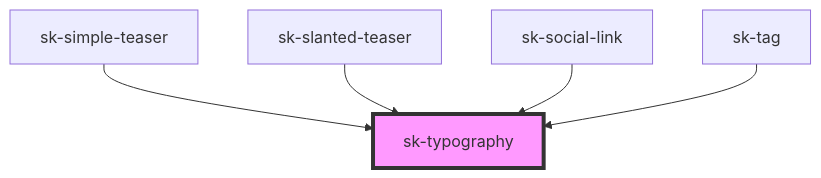
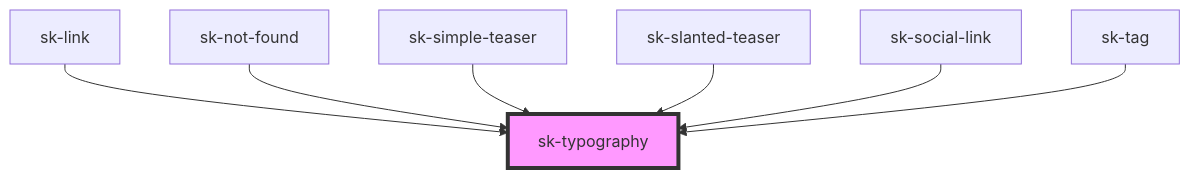
Before and after one commit to simonknittel/components: the diagram in stencil/src/components/typography/readme.md, drawn with Mermaid. The commit also changed other lines of this file and 16 other files, not shown here.

Commit message:
Typography; Not found; Link

````diff
--- a/stencil/src/components/typography/readme.md
+++ b/stencil/src/components/typography/readme.md
@@ -26,8 +29,10 @@
 ```mermaid
 graph TD;
+  sk-link --> sk-typography
+  sk-not-found --> sk-typography
   sk-simple-teaser --> sk-typography
   sk-slanted-teaser --> sk-typography
   sk-social-link --> sk-typography
   sk-tag --> sk-typography
   style sk-typography fill:#f9f,stroke:#333,stroke-width:4px
 ```
````
